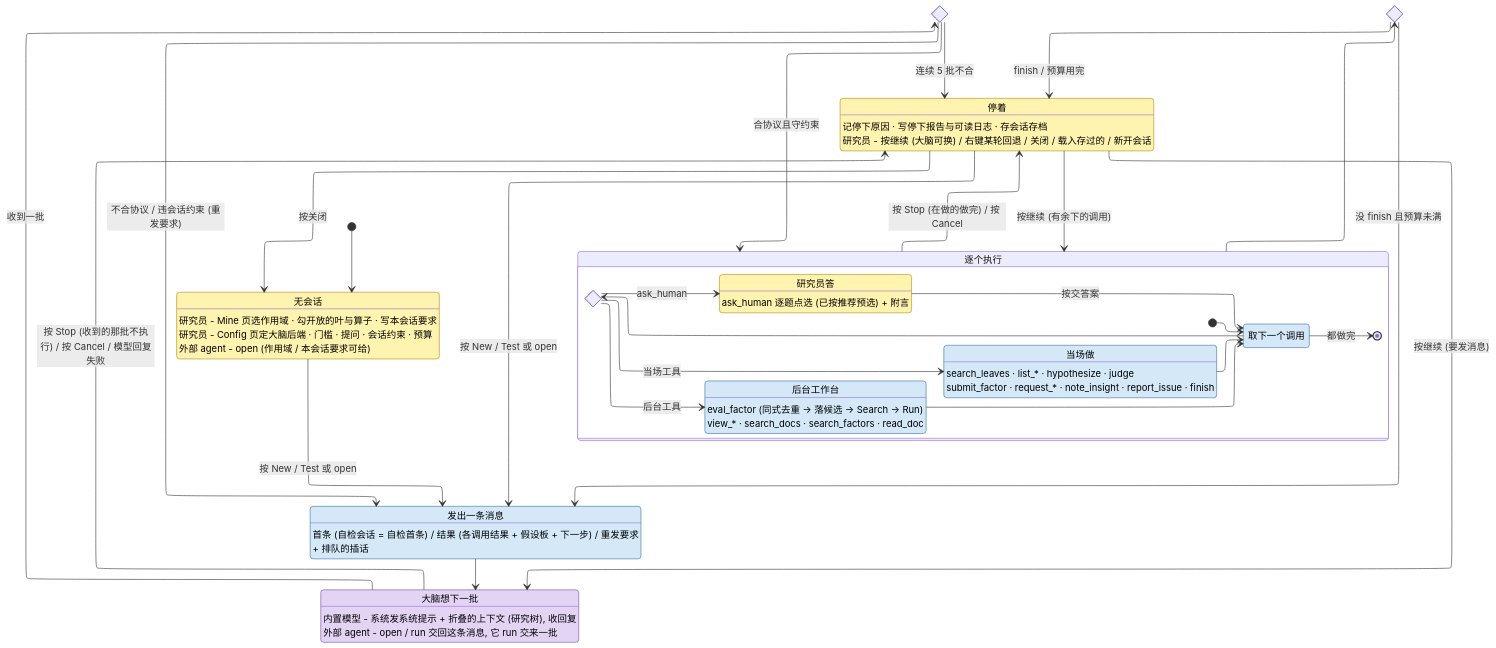
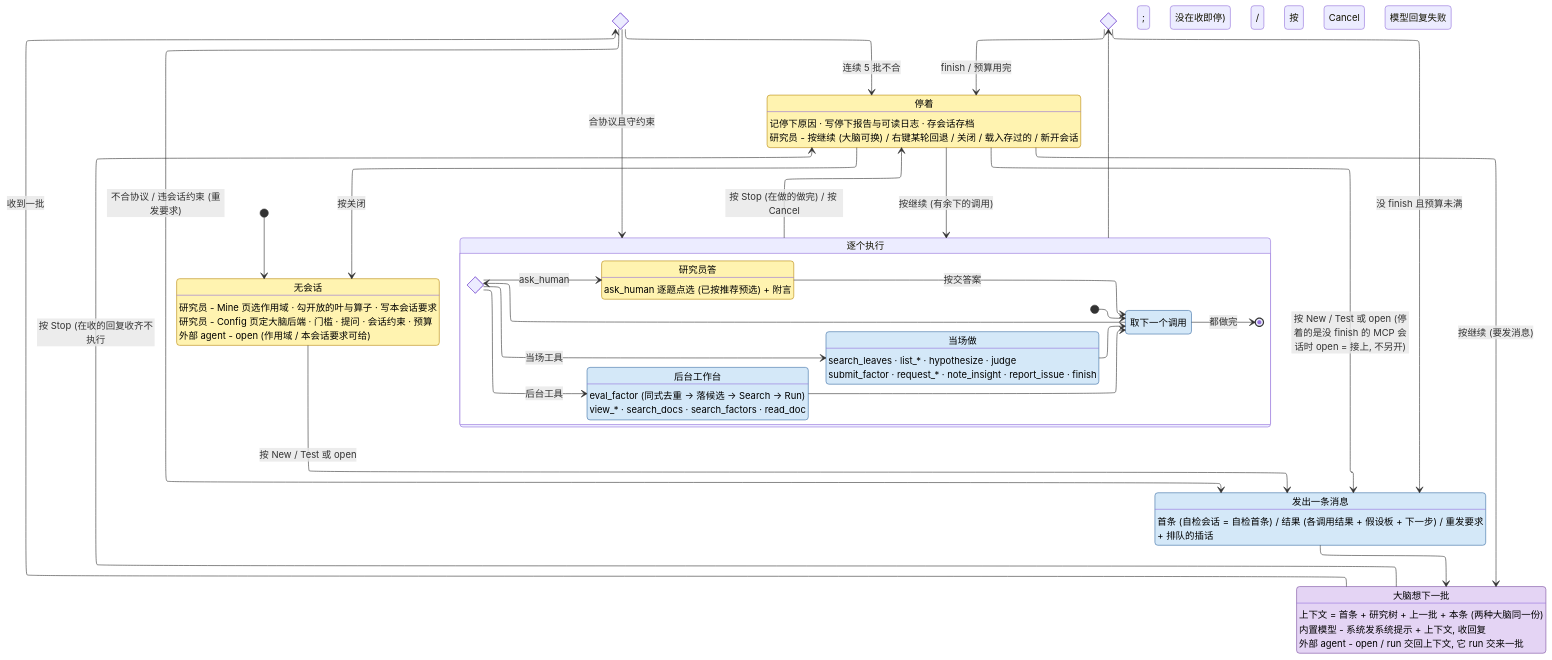
One commit to CoCoMilkyWay/stk changed the diagram in AGENT.md. Above: the diagram before and after it, drawn with Mermaid. The commit also changed other lines of this file and 9 other files, not shown here.

````diff
--- a/AGENT.md
+++ b/AGENT.md
@@ -63,76 +65,77 @@
 ```mermaid
 ---
 config:
   layout: elk
 ---
 stateDiagram-v2
     direction TB
 
     state "无会话" as None
     None : 研究员 - Mine 页选作用域 · 勾开放的叶与算子 · 写本会话要求
     None : 研究员 - Config 页定大脑后端 · 门槛 · 提问 · 会话约束 · 预算
     None : 外部 agent - open (作用域 / 本会话要求可给)
 
     state "发出一条消息" as Post
     Post : 首条 (自检会话 = 自检首条) / 结果 (各调用结果 + 假设板 + 下一步) / 重发要求
     Post : + 排队的插话
 
     state "大脑想下一批" as Think
-    Think : 内置模型 - 系统发系统提示 + 折叠的上下文 (研究树), 收回复
-    Think : 外部 agent - open / run 交回这条消息, 它 run 交来一批
+    Think : 上下文 = 首条 + 研究树 + 上一批 + 本条 (两种大脑同一份)
+    Think : 内置模型 - 系统发系统提示 + 上下文, 收回复
+    Think : 外部 agent - open / run 交回上下文, 它 run 交来一批
 
     state Format <<choice>>
 
     state "逐个执行" as Act {
         direction LR
         state "取下一个调用" as Next
         state Kind <<choice>>
         state "当场做" as Sync
         Sync : search_leaves · list_* · hypothesize · judge
         Sync : submit_factor · request_* · note_insight · report_issue · finish
         state "后台工作台" as Lab
         Lab : eval_factor (同式去重 → 落候选 → Search → Run)
         Lab : view_* · search_docs · search_factors · read_doc
         state "研究员答" as Choose
         Choose : ask_human 逐题点选 (已按推荐预选) + 附言
 
         [*] --> Next
         Next --> Kind
         Kind --> Sync : 当场工具
         Kind --> Lab : 后台工具
         Kind --> Choose : ask_human
         Sync --> Next
         Lab --> Next
         Choose --> Next : 按交答案
         Next --> [*] : 都做完
     }
     state Fin <<choice>>
 
     state "停着" as Pause
     Pause : 记停下原因 · 写停下报告与可读日志 · 存会话存档
     Pause : 研究员 - 按继续 (大脑可换) / 右键某轮回退 / 关闭 / 载入存过的 / 新开会话
 
     [*] --> None
     None --> Post : 按 New / Test 或 open
     Post --> Think
     Think --> Format : 收到一批
     Format --> Post : 不合协议 / 违会话约束 (重发要求)
     Format --> Act : 合协议且守约束
     Act --> Fin
     Fin --> Post : 没 finish 且预算未满
     Fin --> Pause : finish / 预算用完
     Format --> Pause : 连续 5 批不合
-    Think --> Pause : 按 Stop (收到的那批不执行) / 按 Cancel / 模型回复失败
+    Think --> Pause : 按 Stop (在收的回复收齐不执行; 没在收即停) / 按 Cancel / 模型回复失败
     Act --> Pause : 按 Stop (在做的做完) / 按 Cancel
     Pause --> Think : 按继续 (要发消息)
     Pause --> Act : 按继续 (有余下的调用)
-    Pause --> Post : 按 New / Test 或 open
+    Pause --> Post : 按 New / Test 或 open (停着的是没 finish 的 MCP 会话时 open = 接上, 不另开)
     Pause --> None : 按关闭
 
     classDef human fill:#fff3b0,stroke:#b8860b,color:#000
     classDef brain fill:#e4d4f4,stroke:#7b4fa0,color:#000
     classDef sys fill:#d4e8f8,stroke:#3a6ea5,color:#000
     class None, Choose, Pause human
     class Think brain
     class Post, Next, Sync, Lab sys
 ```
````
